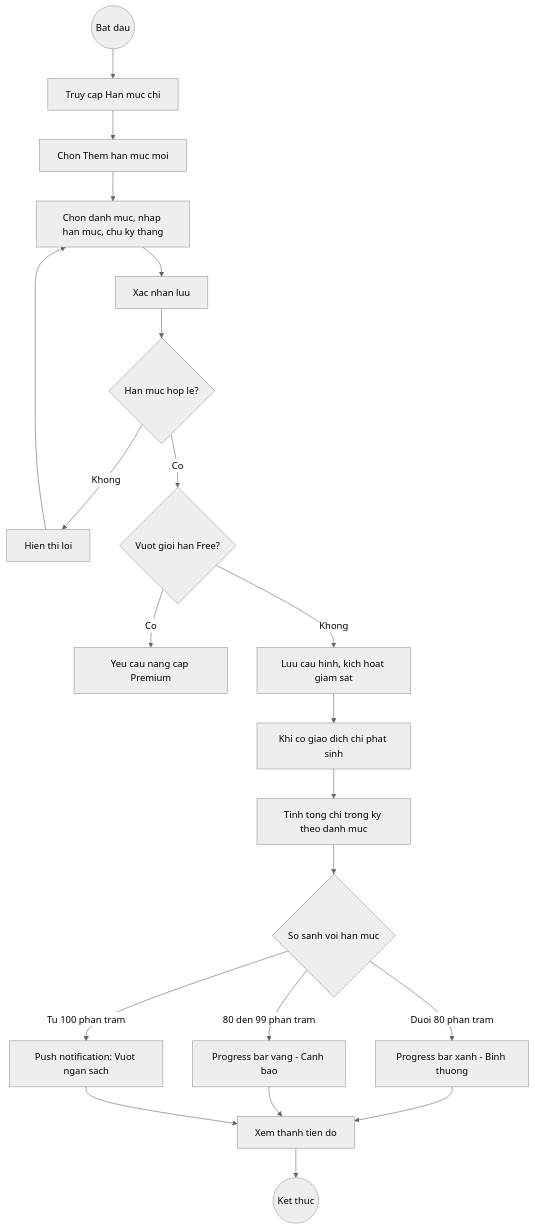
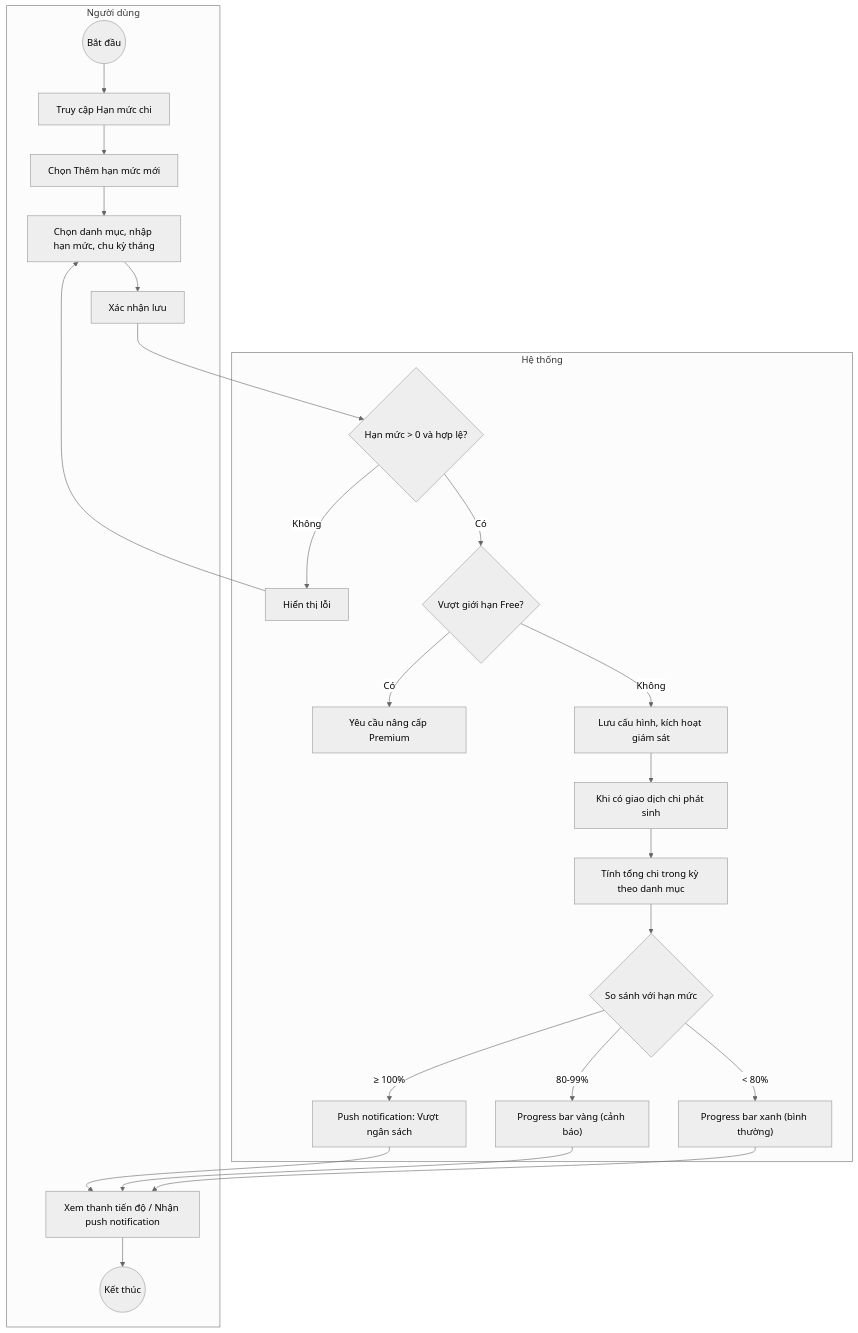
One commit to Hieu-vn/Graduation-Thesis changed the sixth of 10 diagrams in Nghiên cứu MISA MoneyKeeper.md. Above: the diagram before and after it, drawn with Mermaid (neutral theme). The commit also changed other lines of this file, not shown here.

First line of the commit message:
fix: Fix mermaid diagrams QT07-QT10 for GitHub rendering

````diff
--- a/Nghiên cứu MISA MoneyKeeper.md
+++ b/Nghiên cứu MISA MoneyKeeper.md
@@ -182,22 +204,26 @@
 ```mermaid
 flowchart TD
-    A((Bat dau)) --> B[Truy cap Han muc chi]
-    B --> C[Chon Them han muc moi]
-    C --> D[Chon danh muc, nhap han muc, chu ky thang]
-    D --> E[Xac nhan luu]
-    E --> F{Han muc hop le?}
-    F -->|Khong| F2[Hien thi loi] --> D
-    F -->|Co| G{Vuot gioi han Free?}
-    G -->|Co| G2[Yeu cau nang cap Premium]
-    G -->|Khong| H[Luu cau hinh, kich hoat giam sat]
-    H --> I[Khi co giao dich chi phat sinh]
-    I --> I2[Tinh tong chi trong ky theo danh muc]
-    I2 --> J{So sanh voi han muc}
-    J -->|Duoi 80 phan tram| J1[Progress bar xanh - Binh thuong]
-    J -->|80 den 99 phan tram| J2[Progress bar vang - Canh bao]
-    J -->|Tu 100 phan tram| J3[Push notification: Vuot ngan sach]
-    J1 --> K[Xem thanh tien do]
+    subgraph "Người dùng"
+        A((Bắt đầu)) --> B[Truy cập Hạn mức chi]
+        B --> C[Chọn Thêm hạn mức mới]
+        C --> D["Chọn danh mục, nhập hạn mức, chu kỳ tháng"]
+        D --> E[Xác nhận lưu]
+        K[Xem thanh tiến độ / Nhận push notification] --> L((Kết thúc))
+    end
+    subgraph "Hệ thống"
+        E --> F{Hạn mức > 0 và hợp lệ?}
+        F -->|Không| F2[Hiển thị lỗi] --> D
+        F -->|Có| G{Vượt giới hạn Free?}
+        G -->|Có| G2[Yêu cầu nâng cấp Premium]
+        G -->|Không| H[Lưu cấu hình, kích hoạt giám sát]
+        H --> I["Khi có giao dịch chi phát sinh"]
+        I --> I2[Tính tổng chi trong kỳ theo danh mục]
+        I2 --> J{So sánh với hạn mức}
+        J -->|"< 80%"| J1["Progress bar xanh (bình thường)"]
+        J -->|"80-99%"| J2["Progress bar vàng (cảnh báo)"]
+        J -->|"≥ 100%"| J3["Push notification: Vượt ngân sách"]
+    end
+    J1 --> K
     J2 --> K
     J3 --> K
-    K --> L((Ket thuc))
 ```
````
